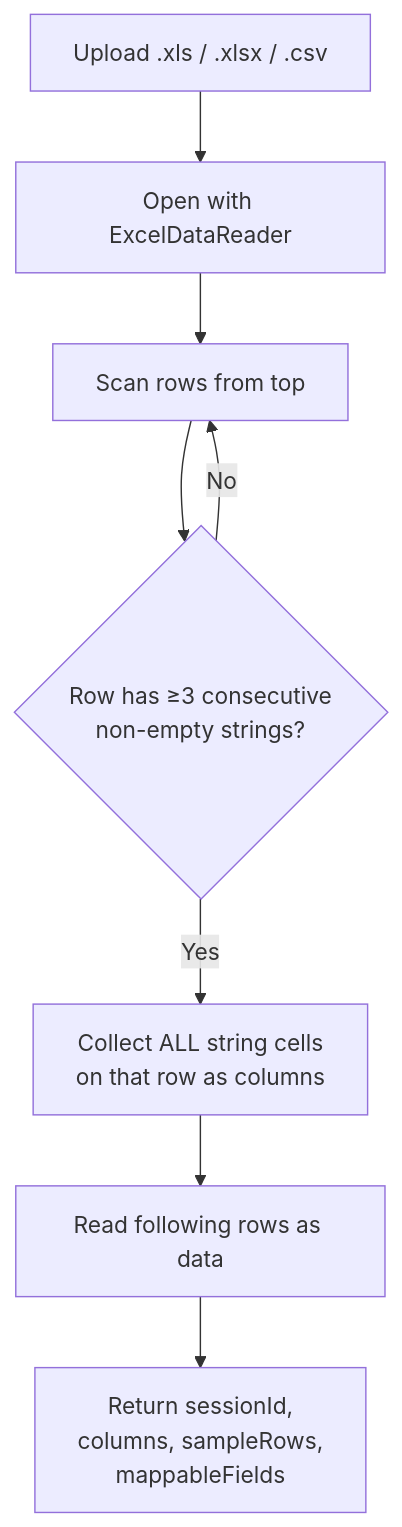
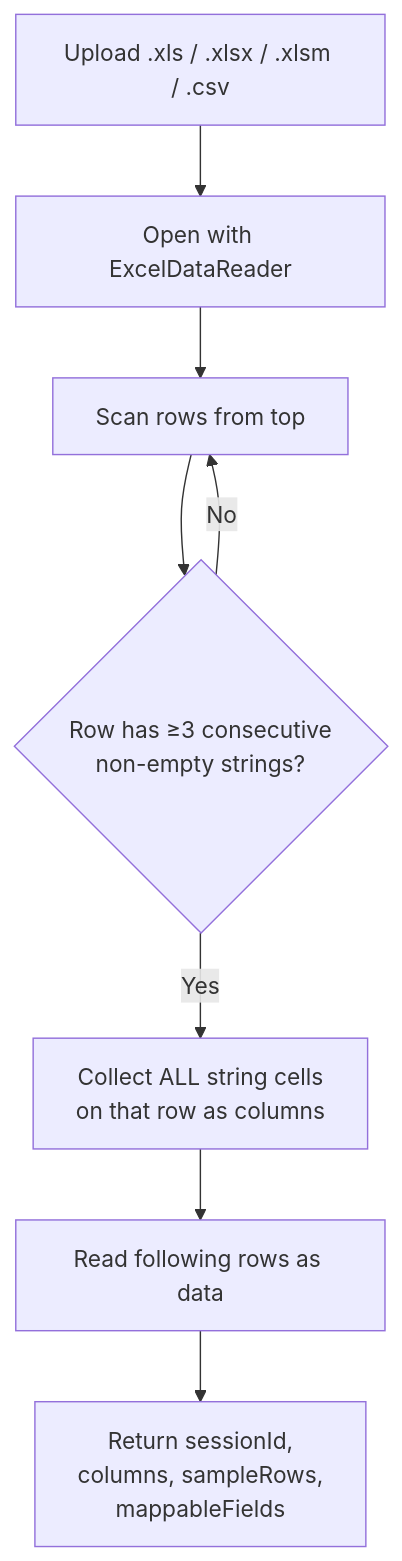
The third of 6 diagrams in backend/KeepItSimple.Api/TransactionImportFlow.md (NotThaDev/KeepItSimple), drawn with Mermaid before and after one commit. The commit also changed other lines of this file and 2 other files, not shown here.

````diff
--- a/backend/KeepItSimple.Api/TransactionImportFlow.md
+++ b/backend/KeepItSimple.Api/TransactionImportFlow.md
@@ -64,10 +64,10 @@
 ```mermaid
 flowchart TD
-  U[Upload .xls / .xlsx / .csv] --> R[Open with ExcelDataReader]
+  U[Upload .xls / .xlsx / .xlsm / .csv] --> R[Open with ExcelDataReader]
   R --> S[Scan rows from top]
   S --> H{Row has ≥3 consecutive<br/>non-empty strings?}
   H -->|No| S
   H -->|Yes| C[Collect ALL string cells<br/>on that row as columns]
   C --> D[Read following rows as data]
   D --> OUT[Return sessionId,<br/>columns, sampleRows,<br/>mappableFields]
 ```
````
